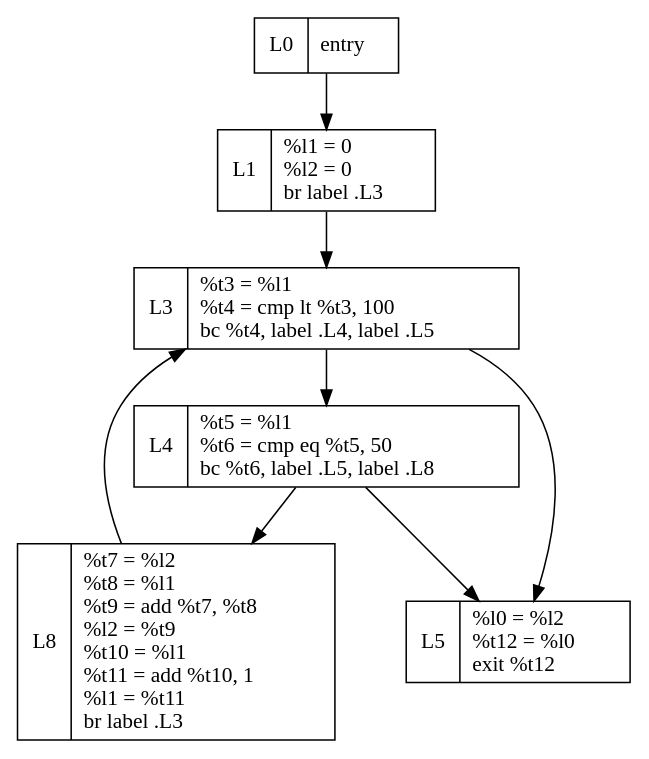
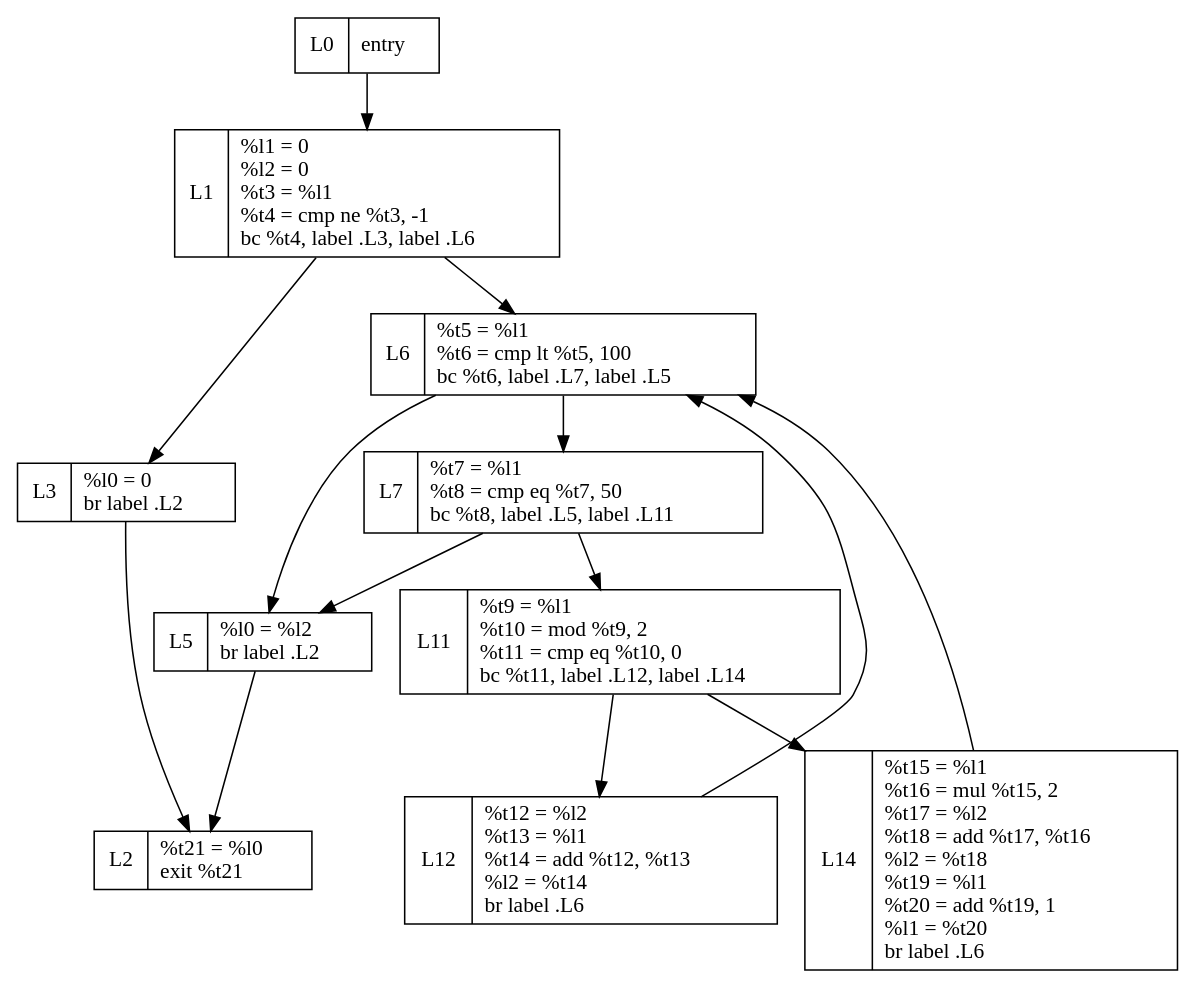
Before and after one commit to LC044/MiniC: the diagram in test.dot, drawn with Graphviz. The commit also changed 11 other files, not shown here.

```diff
--- a/test.dot
+++ b/test.dot
@@ -1,16 +1,26 @@
 digraph{
  node[shape = record];
  entry [label="L0 | entry \l"];
-L1 [label="L1 |      %l1 = 0 \l     %l2 = 0 \l     br label .L3 \l  "];
-L3 [label="L3 |      %t3 = %l1 \l     %t4 = cmp lt %t3, 100 \l     bc %t4, label .L4, label .L5 \l  "];
-L4 [label="L4 |      %t5 = %l1 \l     %t6 = cmp eq %t5, 50 \l     bc %t6, label .L5, label .L8 \l  "];
-L8 [label="L8 |      %t7 = %l2 \l     %t8 = %l1 \l     %t9 = add %t7, %t8 \l     %l2 = %t9 \l     %t10 = %l1 \l     %t11 = add %t10, 1 \l     %l1 = %t11 \l     br label .L3 \l  "];
-L5 [label="L5 |      %l0 = %l2 \l     %t12 = %l0 \l     exit %t12 \l  "];
-entry -> L1
-L1 -> L3
-L3 -> L4
-L3 -> L5
-L4 -> L5
-L4 -> L8
-L8 -> L3
+L1 [label="L1 |      %l1 = 0 \l     %l2 = 0 \l     %t3 = %l1 \l     %t4 = cmp ne %t3, -1 \l     bc %t4, label .L3, label .L6 \l  "];
+L3 [label="L3 |      %l0 = 0 \l     br label .L2 \l  "];
+L6 [label="L6 |      %t5 = %l1 \l     %t6 = cmp lt %t5, 100 \l     bc %t6, label .L7, label .L5 \l  "];
+L7 [label="L7 |      %t7 = %l1 \l     %t8 = cmp eq %t7, 50 \l     bc %t8, label .L5, label .L11 \l  "];
+L11 [label="L11 |      %t9 = %l1 \l     %t10 = mod %t9, 2 \l     %t11 = cmp eq %t10, 0 \l     bc %t11, label .L12, label .L14 \l  "];
+L12 [label="L12 |      %t12 = %l2 \l     %t13 = %l1 \l     %t14 = add %t12, %t13 \l     %l2 = %t14 \l     br label .L6 \l  "];
+L14 [label="L14 |      %t15 = %l1 \l     %t16 = mul %t15, 2 \l     %t17 = %l2 \l     %t18 = add %t17, %t16 \l     %l2 = %t18 \l     %t19 = %l1 \l     %t20 = add %t19, 1 \l     %l1 = %t20 \l     br label .L6 \l  "];
+L5 [label="L5 |      %l0 = %l2 \l     br label .L2 \l  "];
+L2 [label="L2 |      %t21 = %l0 \l     exit %t21 \l  "];
+entry -> L1;
+L1 -> L3;
+L1 -> L6;
+L3 -> L2;
+L6 -> L7;
+L6 -> L5;
+L7 -> L5;
+L7 -> L11;
+L11 -> L12;
+L11 -> L14;
+L12 -> L6;
+L14 -> L6;
+L5 -> L2;
 }
```
